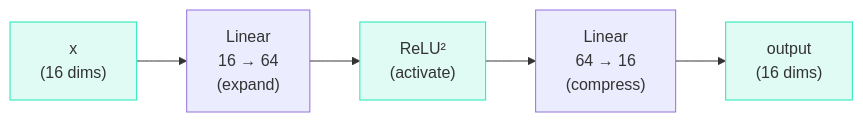
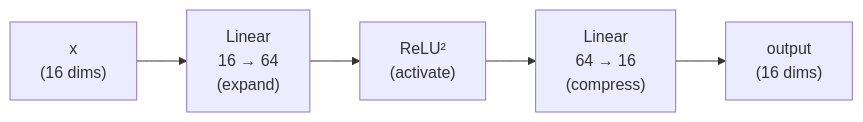
One commit to iamkhalid2/microgpt-course changed the diagram in docs/03-the-architecture/08-the-mlp-block.md. Above: the diagram before and after it, drawn with Mermaid. The commit also changed 20 other files, not shown here.

Commit message:
Remove all inline Mermaid styles - let theme handle colors natively

````diff
--- a/docs/03-the-architecture/08-the-mlp-block.md
+++ b/docs/03-the-architecture/08-the-mlp-block.md
@@ -13,11 +13,7 @@
 ```mermaid
 flowchart LR
     X["x<br>(16 dims)"] --> FC1["Linear<br>16 → 64<br>(expand)"]
     FC1 --> ACT["ReLU²<br>(activate)"]
     ACT --> FC2["Linear<br>64 → 16<br>(compress)"]
     FC2 --> OUT["output<br>(16 dims)"]
-
-    style X fill:#e0faf4,stroke:#1de9b6
-    style ACT fill:#e0faf4,stroke:#1de9b6
-    style OUT fill:#e0faf4,stroke:#1de9b6
 ```
````
